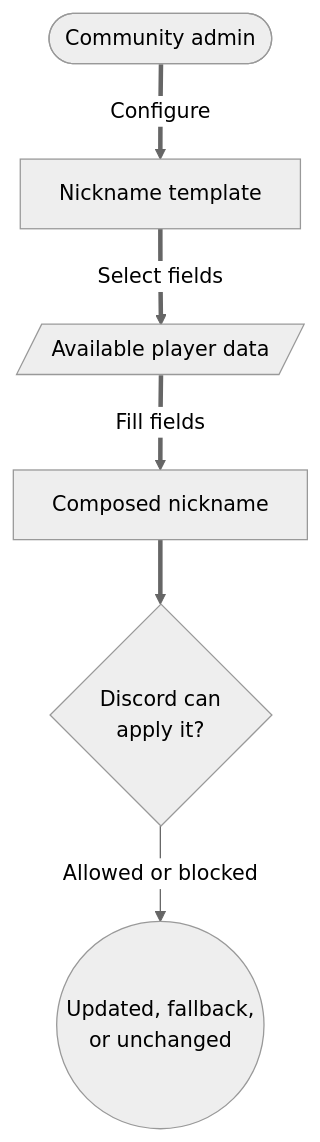
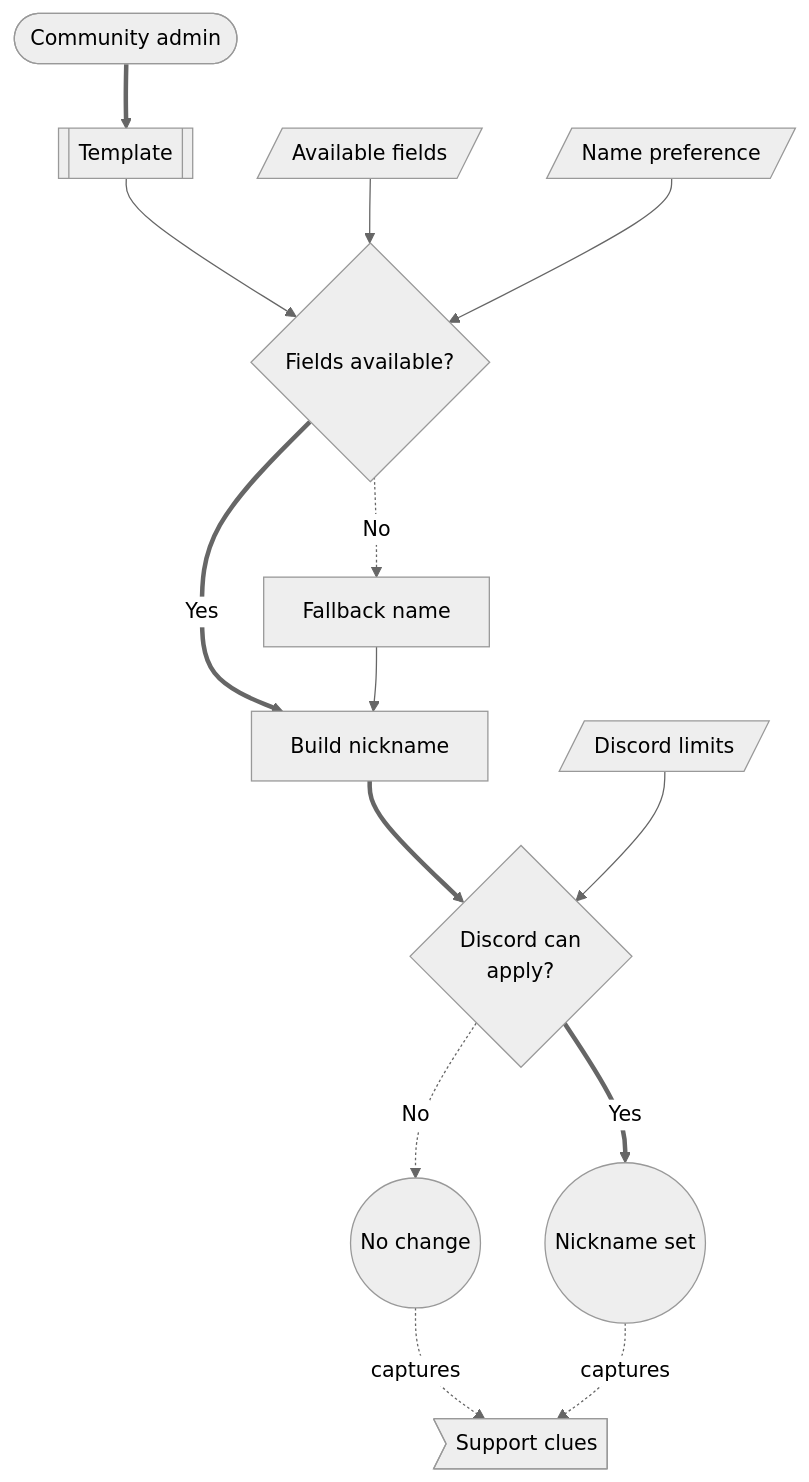
Before and after one commit to ArkanisCorporation/CitizenId-docs: the diagram in docs/community-admins/nickname-management.md, drawn with Mermaid (neutral theme). The commit also changed 6 other files, not shown here.

Commit message:
docs: refine community admin diagrams

````diff
--- a/docs/community-admins/nickname-management.md
+++ b/docs/community-admins/nickname-management.md
@@ -19,21 +19,37 @@
 ```mermaid
 flowchart TD
   admin(["Community admin"])
-  template["Nickname template"]
-  data[/Available player data/]
-  composed["Composed nickname"]
-  discord{"Discord can<br/>apply it?"}
-  result(("Updated, fallback,<br/>or unchanged"))
+  template[["Template"]]
+  data[/Available fields/]
+  preference[/Name preference/]
+  available{"Fields available?"}
+  fallback["Fallback name"]
+  build["Build nickname"]
+  limits[/Discord limits/]
+  discord{"Discord can<br/>apply?"}
+  updated(("Nickname set"))
+  unchanged(("No change"))
+  clues>Support clues]
 
-  admin ==>|Configure| template
-  template ==>|Select fields| data
-  data ==>|Fill fields| composed
-  composed ==> discord
-  discord -->|"Allowed or blocked"| result
+  admin ==> template
+  template --> available
+  data --> available
+  preference --> available
+  available ==>|Yes| build
+  available -. "No" .-> fallback
+  fallback --> build
+  build ==> discord
+  limits --> discord
+  discord ==>|Yes| updated
+  discord -. "No" .-> unchanged
+  unchanged -. "captures" .-> clues
+  updated -. "captures" .-> clues
 
   class admin actor;
-  class template,composed action;
-  class data data;
-  class discord decision;
-  class result success;
+  class template action;
+  class preference,data,limits data;
+  class available,discord decision;
+  class build,fallback action;
+  class updated,unchanged success;
+  class clues caution;
 ```
````
